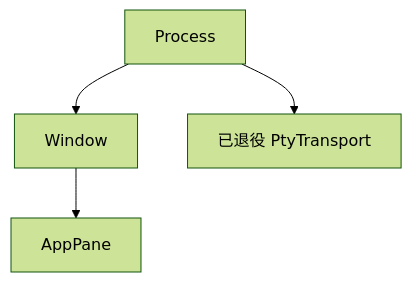
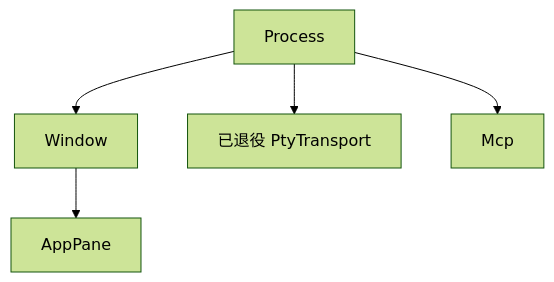
One commit to D0n9X1n/SonicTerm changed the diagram in wiki/Memory-zh-CN.md. Above: the diagram before and after it, drawn with Mermaid (forest theme). The commit also changed other lines of this file and 150 other files, not shown here.

````diff
--- a/wiki/Memory-zh-CN.md
+++ b/wiki/Memory-zh-CN.md
@@ -80,6 +80,7 @@
 ```mermaid
 flowchart TD
     process["Process"] --> window["Window"]
     window --> pane["AppPane"]
     process --> retired["已退役 PtyTransport"]
+    process --> mcp["Mcp"]
 ```
````
